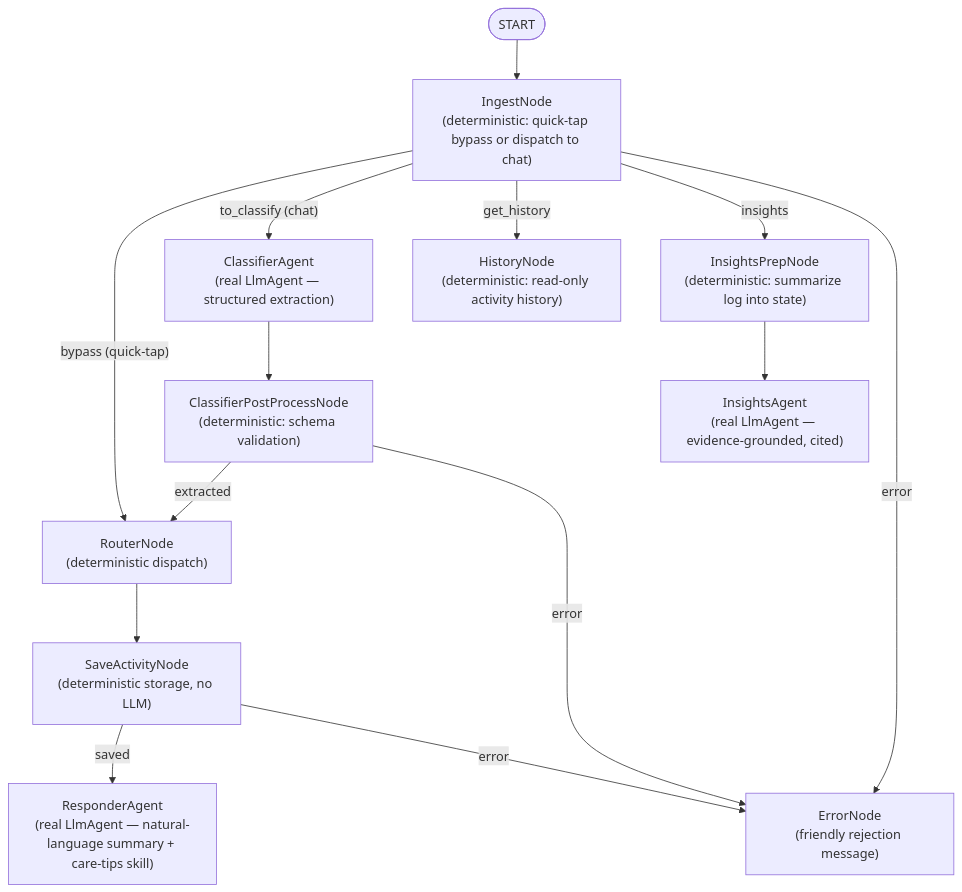
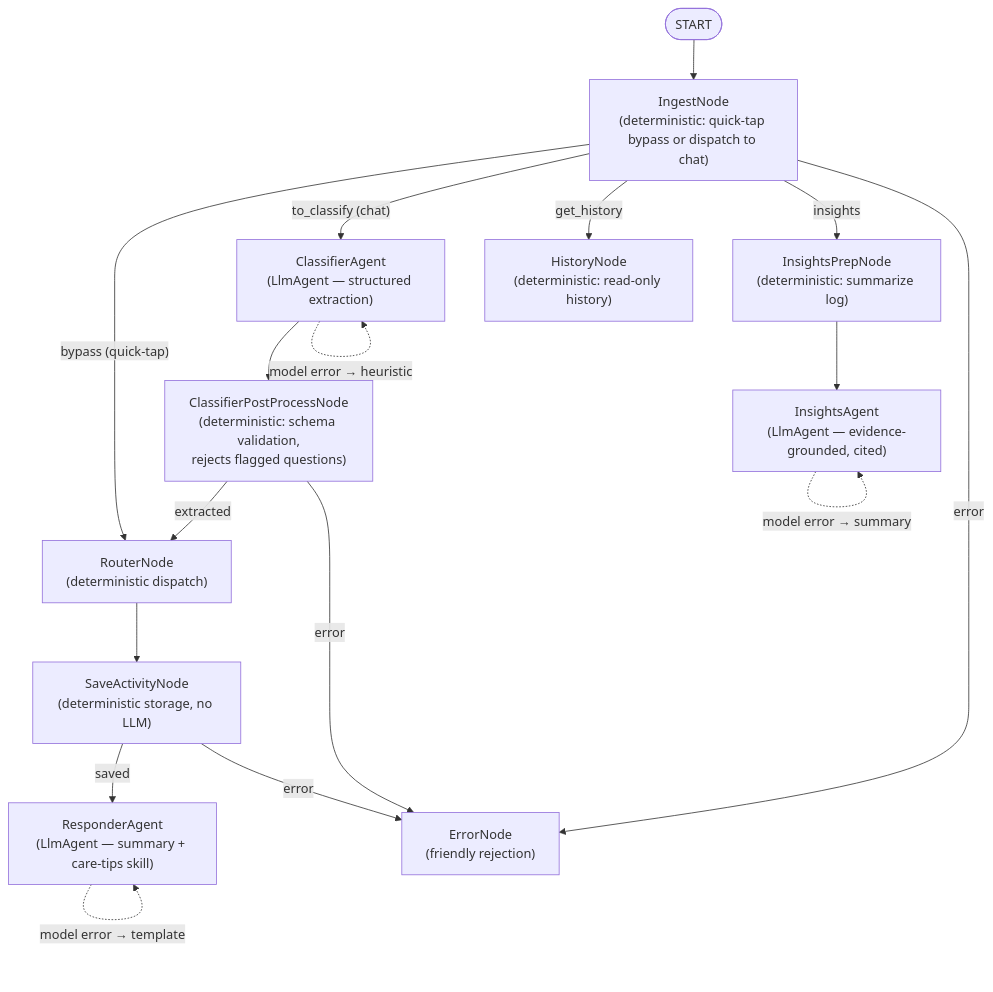
One commit to oslinin/nanny changed the diagram in README.md. Above: the diagram before and after it, drawn with Mermaid. The commit also changed other lines of this file and 5 other files, not shown here.

First line of the commit message:
Rewrite README around the diagram/endpoints/env-vars/deploy flow, add .env.example

````diff
--- a/README.md
+++ b/README.md
@@ -31,28 +21,32 @@
 ```mermaid
 flowchart TD
     START([START])
-    Ingest["IngestNode\n(deterministic: quick-tap bypass or dispatch to chat)"]
-    Classifier["ClassifierAgent\n(real LlmAgent — structured extraction)"]
-    Postprocess["ClassifierPostProcessNode\n(deterministic: schema validation)"]
-    Router["RouterNode\n(deterministic dispatch)"]
-    Save["SaveActivityNode\n(deterministic storage, no LLM)"]
-    Responder["ResponderAgent\n(real LlmAgent — natural-language summary + care-tips skill)"]
-    History["HistoryNode\n(deterministic: read-only activity history)"]
-    InsightsPrep["InsightsPrepNode\n(deterministic: summarize log into state)"]
-    Insights["InsightsAgent\n(real LlmAgent — evidence-grounded, cited)"]
-    ErrorNode["ErrorNode\n(friendly rejection message)"]
+    Ingest["IngestNode<br>(deterministic: quick-tap bypass or dispatch to chat)"]
+    Classifier["ClassifierAgent<br>(LlmAgent — structured extraction)"]
+    Postprocess["ClassifierPostProcessNode<br>(deterministic: schema validation,<br>rejects flagged questions)"]
+    Router["RouterNode<br>(deterministic dispatch)"]
+    Save["SaveActivityNode<br>(deterministic storage, no LLM)"]
+    Responder["ResponderAgent<br>(LlmAgent — summary + care-tips skill)"]
+    History["HistoryNode<br>(deterministic: read-only history)"]
+    InsightsPrep["InsightsPrepNode<br>(deterministic: summarize log)"]
+    Insights["InsightsAgent<br>(LlmAgent — evidence-grounded, cited)"]
+    ErrorNode["ErrorNode<br>(friendly rejection)"]
 
     START --> Ingest
     Ingest -- "bypass (quick-tap)" --> Router
     Ingest -- "to_classify (chat)" --> Classifier
     Ingest -- "get_history" --> History
     Ingest -- "insights" --> InsightsPrep
     InsightsPrep --> Insights
     Ingest -- "error" --> ErrorNode
     Classifier --> Postprocess
     Postprocess -- "extracted" --> Router
     Postprocess -- "error" --> ErrorNode
     Router --> Save
     Save -- "saved" --> Responder
     Save -- "error" --> ErrorNode
+
+    Classifier -. "model error → heuristic" .-> Classifier
+    Responder -. "model error → template" .-> Responder
+    Insights -. "model error → summary" .-> Insights
 ```
````
